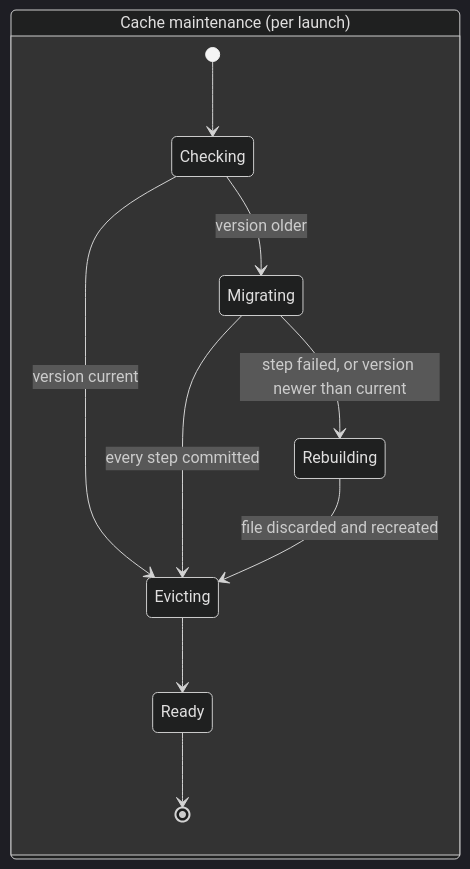
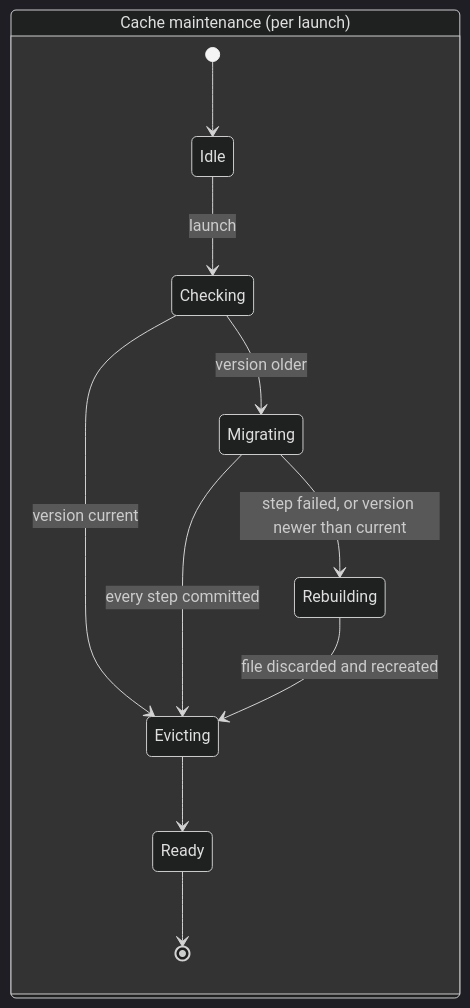
One commit to nbugash/project-apex changed the sixth of 6 diagrams in specs/005-workspace-cache/design.md. Above: the diagram before and after it, drawn with Mermaid (dark theme). The commit also changed other lines of this file and 4 other files, not shown here.

````diff
--- a/specs/005-workspace-cache/design.md
+++ b/specs/005-workspace-cache/design.md
@@ -366,13 +368,14 @@
 ```mermaid
 stateDiagram-v2
     state "Cache maintenance (per launch)" as M {
-        [*] --> Checking
+        [*] --> Idle
+        Idle --> Checking: launch
         Checking --> Evicting: version current
         Checking --> Migrating: version older
         Migrating --> Evicting: every step committed
         Migrating --> Rebuilding: step failed, or version newer than current
         Rebuilding --> Evicting: file discarded and recreated
         Evicting --> Ready
         Ready --> [*]
     }
 ```
````
